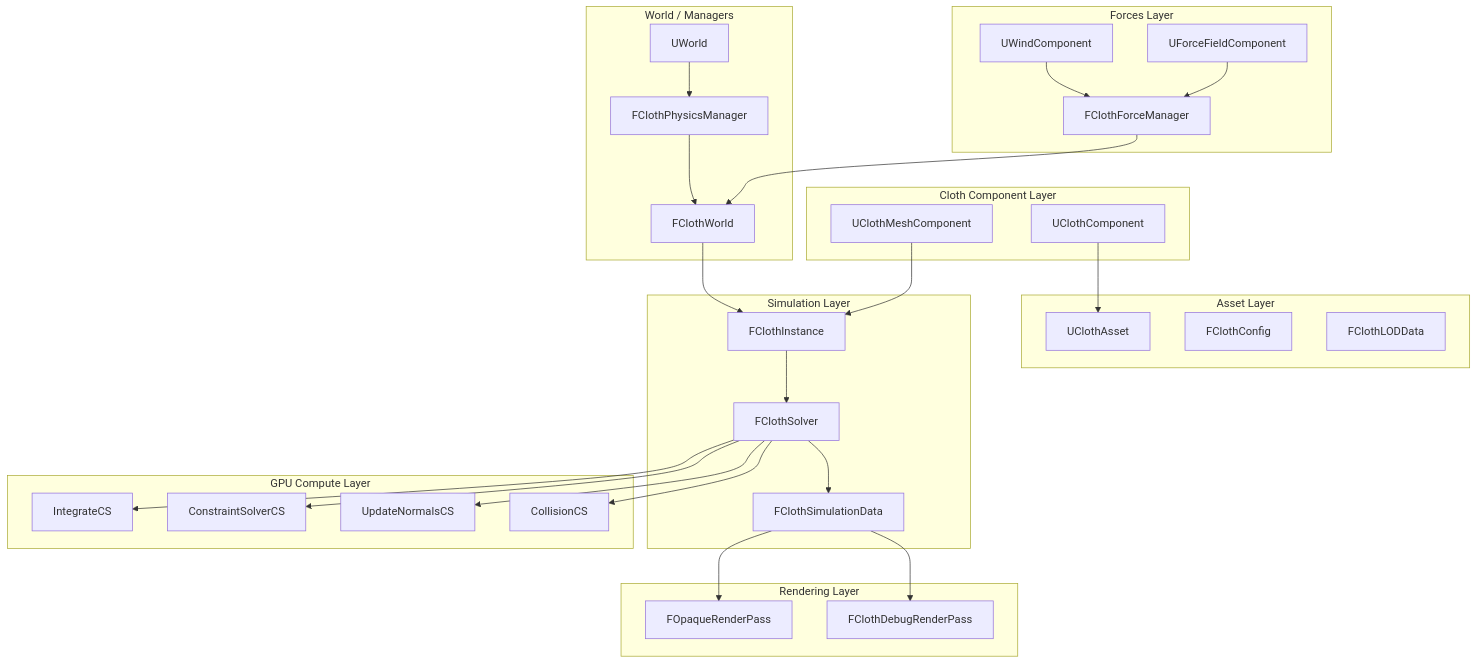
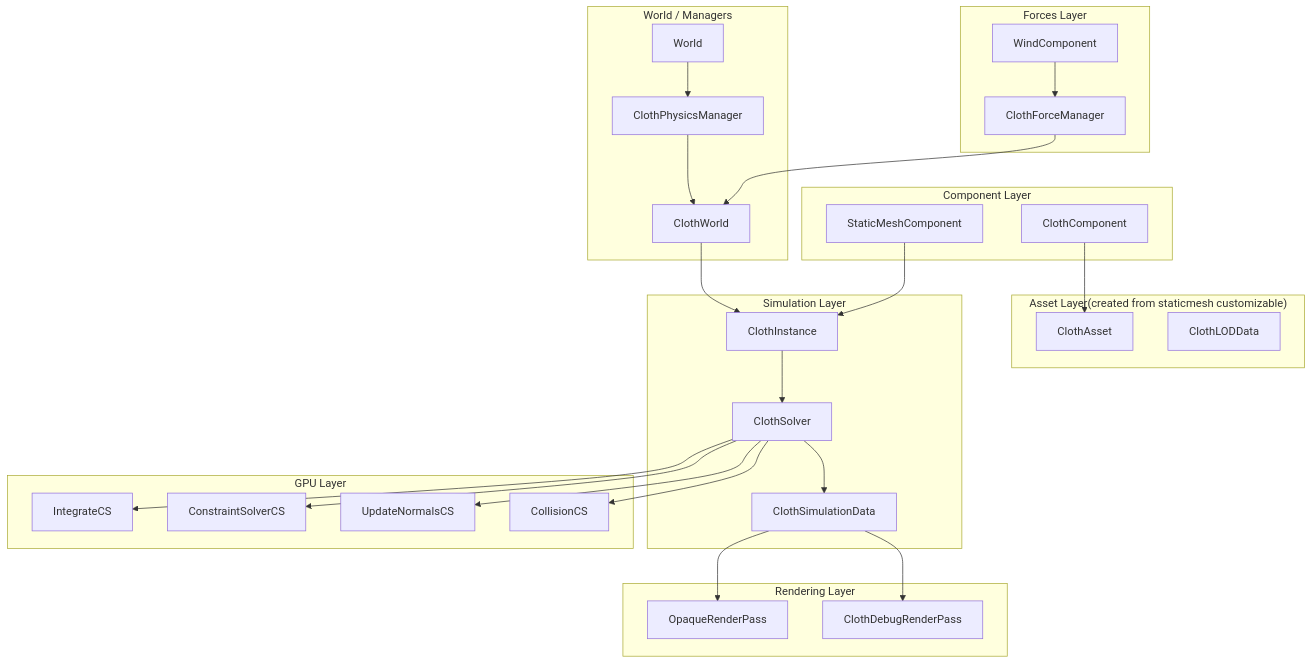
Before and after one commit to choux-croquant/GTL_1st_cohort: the first of 4 diagrams in plans/cloth-simulation-architecture.md, drawn with Mermaid.

Commit message:
Refactor cloth simulation architecture diagram

````diff
--- a/plans/cloth-simulation-architecture.md
+++ b/plans/cloth-simulation-architecture.md
@@ -13,64 +13,61 @@
 ```mermaid
 graph TB
     subgraph "World / Managers"
-        World[UWorld]
-        ClothPhysMgr[FClothPhysicsManager]
-        ClothWorld[FClothWorld]
+        World[World]
+        ClothPhysMgr[ClothPhysicsManager]
+        ClothWorld[ClothWorld]
     end
 
-    subgraph "Cloth Component Layer"
-        ClothComp[UClothComponent]
-        ClothMeshComp[UClothMeshComponent]
+    subgraph "Component Layer"
+        ClothComp[ClothComponent]
+        StaticMeshComp[StaticMeshComponent]
     end
     
-    subgraph "Asset Layer"
-        ClothAsset[UClothAsset]
-        ClothConfig[FClothConfig]
-        ClothLOD[FClothLODData]
+    subgraph "Asset Layer(created from staticmesh customizable)"
+        ClothAsset[ClothAsset]
+        ClothLOD[ClothLODData]
     end
     
     subgraph "Simulation Layer"
-        ClothInstance[FClothInstance]
-        ClothSolver[FClothSolver]
-        ClothSimData[FClothSimulationData]
+        ClothInstance[ClothInstance]
+        ClothSolver[ClothSolver]
+        ClothSimData[ClothSimulationData]
     end
     
-    subgraph "GPU Compute Layer"
+    subgraph "GPU Layer"
         IntegrateCS[IntegrateCS]
         ConstraintCS[ConstraintSolverCS]
         NormalCS[UpdateNormalsCS]
         CollisionCS[CollisionCS]
     end
     
     subgraph "Forces Layer"
-        ForceManager[FClothForceManager]
-        WindComp[UWindComponent]
-        ForceField[UForceFieldComponent]
+        ForceManager[ClothForceManager]
+        WindComp[WindComponent]
     end
     
     subgraph "Rendering Layer"
-        OpaquePass[FOpaqueRenderPass]
-        ClothDebugPass[FClothDebugRenderPass]
+        OpaquePass[OpaqueRenderPass]
+        ClothDebugPass[ClothDebugRenderPass]
     end
     
     World --> ClothPhysMgr
     ClothPhysMgr --> ClothWorld
     ClothWorld --> ClothInstance
     ClothInstance --> ClothSolver
     
     ClothComp --> ClothAsset
-    ClothMeshComp --> ClothInstance
+    StaticMeshComp --> ClothInstance
 
     ClothSolver --> ClothSimData
     ClothSolver --> IntegrateCS
     ClothSolver --> ConstraintCS
     ClothSolver --> NormalCS
     ClothSolver --> CollisionCS
     
     ForceManager --> ClothWorld
     WindComp --> ForceManager
-    ForceField --> ForceManager
     
     ClothSimData --> OpaquePass
     ClothSimData --> ClothDebugPass
 ```
````
